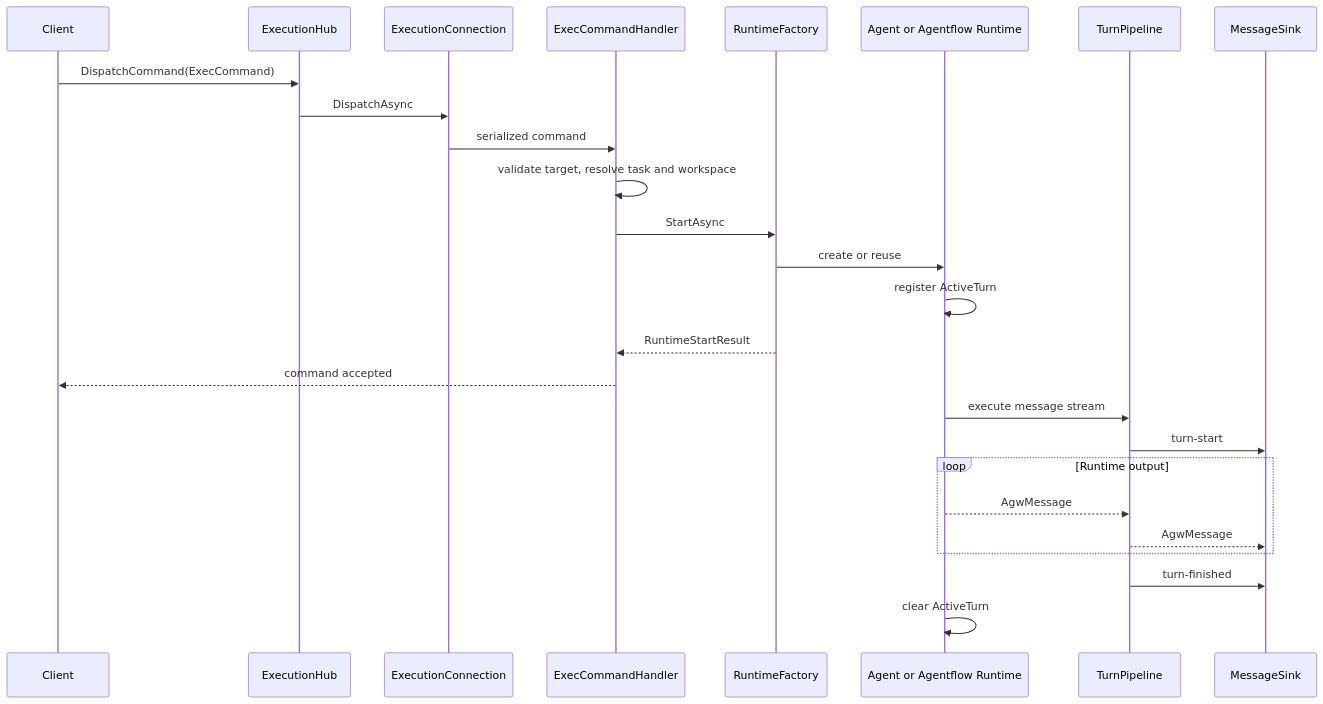
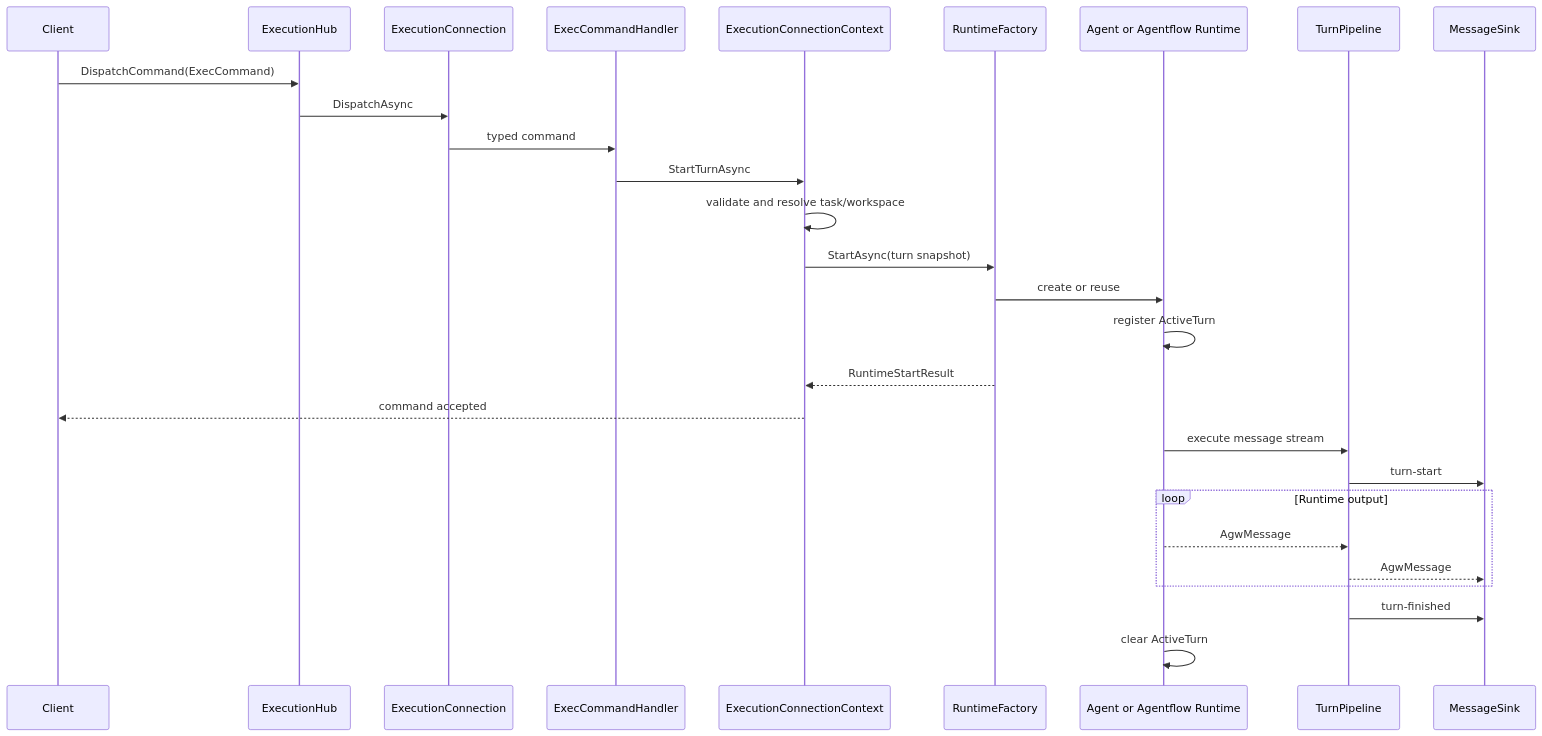
One commit to zxyao145/agw changed the second of 3 diagrams in src/server/Agw.Agents/Execution/README.md. Above: the diagram before and after it, drawn with Mermaid. The commit also changed other lines of this file and 396 other files, not shown here.

````diff
--- a/src/server/Agw.Agents/Execution/README.md
+++ b/src/server/Agw.Agents/Execution/README.md
@@ -187,30 +216,32 @@
 ```mermaid
 sequenceDiagram
     participant Client
     participant Hub as ExecutionHub
-    participant Conn as ExecutionConnection
+    participant Connection as ExecutionConnection
     participant Handler as ExecCommandHandler
+    participant Context as ExecutionConnectionContext
     participant Factory as RuntimeFactory
     participant Runtime as Agent or Agentflow Runtime
     participant Pipeline as TurnPipeline
     participant Sink as MessageSink
 
     Client->>Hub: DispatchCommand(ExecCommand)
-    Hub->>Conn: DispatchAsync
-    Conn->>Handler: serialized command
-    Handler->>Handler: validate target, resolve task and workspace
-    Handler->>Factory: StartAsync
+    Hub->>Connection: DispatchAsync
+    Connection->>Handler: typed command
+    Handler->>Context: StartTurnAsync
+    Context->>Context: validate and resolve task/workspace
+    Context->>Factory: StartAsync(turn snapshot)
     Factory->>Runtime: create or reuse
     Runtime->>Runtime: register ActiveTurn
-    Factory-->>Handler: RuntimeStartResult
-    Handler-->>Client: command accepted
+    Factory-->>Context: RuntimeStartResult
+    Context-->>Client: command accepted
 
     Runtime->>Pipeline: execute message stream
     Pipeline->>Sink: turn-start
     loop Runtime output
         Runtime-->>Pipeline: AgwMessage
         Pipeline-->>Sink: AgwMessage
     end
     Pipeline->>Sink: turn-finished
     Runtime->>Runtime: clear ActiveTurn
 ```
````
